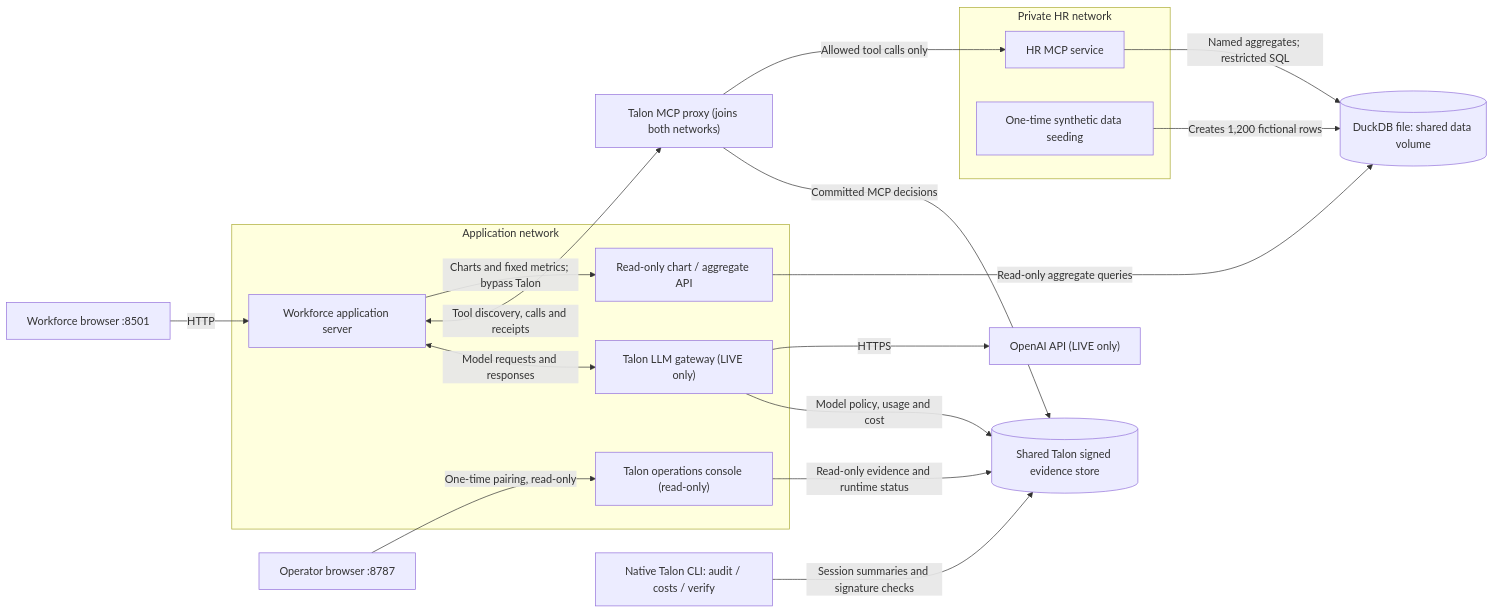
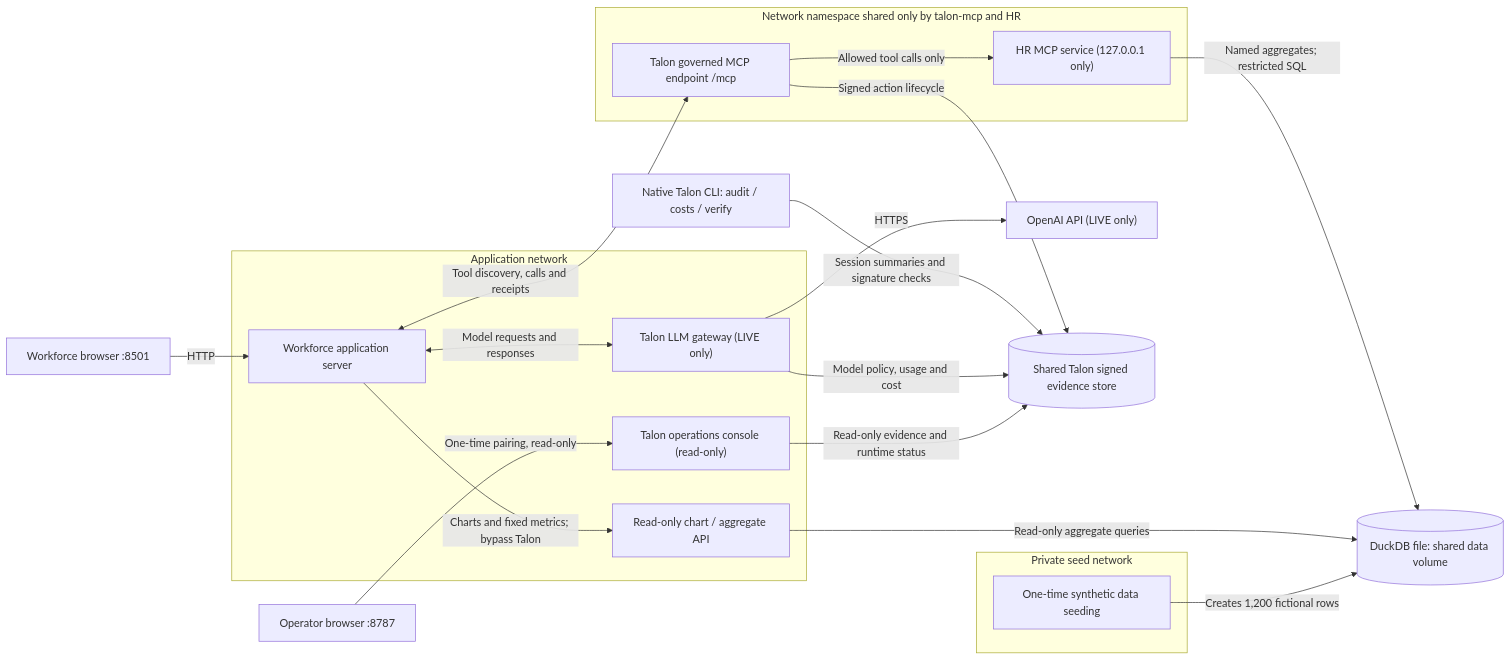
The second of 3 diagrams in cases/people-analytics-copilot/README.md (dativo-io/talon-full-demo), drawn with Mermaid before and after one commit. The commit also changed other lines of this file and 26 other files, not shown here.

First line of the commit message:
feat(people-analytics): run on Talon's governed MCP endpoint; the MCP proxy configuration is removed (talon#431)

````diff
--- a/cases/people-analytics-copilot/README.md
+++ b/cases/people-analytics-copilot/README.md
@@ -67,35 +67,37 @@
 ```mermaid
 flowchart LR
     B["Workforce browser :8501"]
     OperatorBrowser["Operator browser :8787"]
     subgraph AppNet["Application network"]
         W["Workforce application server"]
         A["Read-only chart / aggregate API"]
         G["Talon LLM gateway (LIVE only)"]
         OC["Talon operations console (read-only)"]
     end
-    M["Talon MCP proxy (joins both networks)"]
-    subgraph HRNet["Private HR network"]
-        H["HR MCP service"]
+    subgraph TalonNS["Network namespace shared only by talon-mcp and HR"]
+        M["Talon governed MCP endpoint /mcp"]
+        H["HR MCP service (127.0.0.1 only)"]
+    end
+    subgraph HRNet["Private seed network"]
         Seed["One-time synthetic data seeding"]
     end
     D[("DuckDB file: shared data volume")]
     O["OpenAI API (LIVE only)"]
     E[("Shared Talon signed evidence store")]
     C["Native Talon CLI: audit / costs / verify"]
 
     Seed -->|"Creates 1,200 fictional rows"| D
     B -->|"HTTP"| W
     OperatorBrowser -->|"One-time pairing, read-only"| OC
     OC -->|"Read-only evidence and runtime status"| E
     W -->|"Charts and fixed metrics; bypass Talon"| A
     A -->|"Read-only aggregate queries"| D
     W <-->|"Tool discovery, calls and receipts"| M
     M -->|"Allowed tool calls only"| H
     H -->|"Named aggregates; restricted SQL"| D
     W <-->|"Model requests and responses"| G
     G -->|"HTTPS"| O
-    M -->|"Committed MCP decisions"| E
+    M -->|"Signed action lifecycle"| E
     G -->|"Model policy, usage and cost"| E
     C -->|"Session summaries and signature checks"| E
 ```
````
